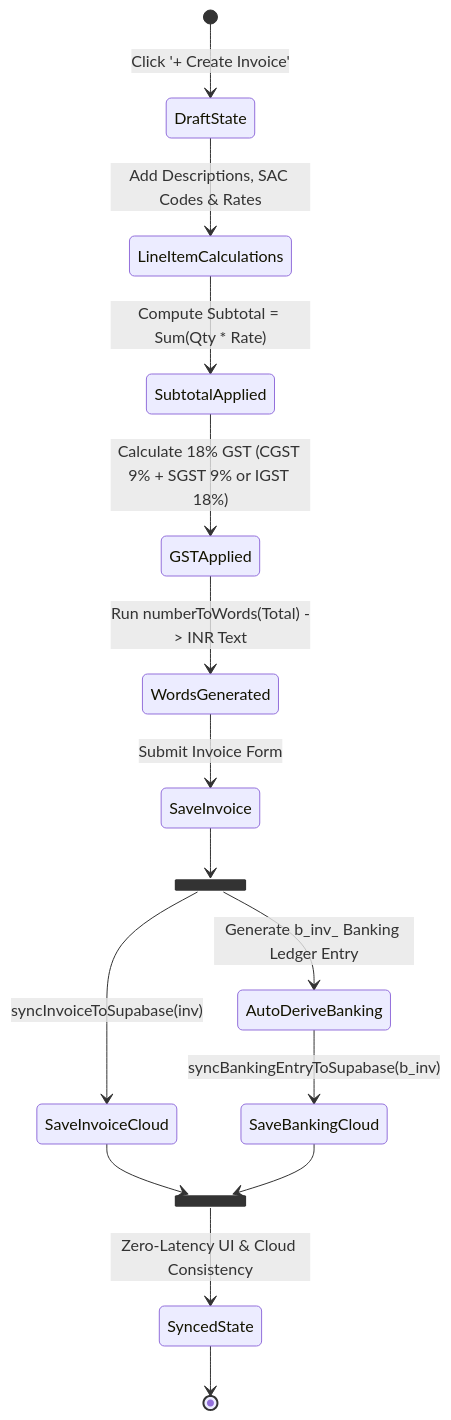
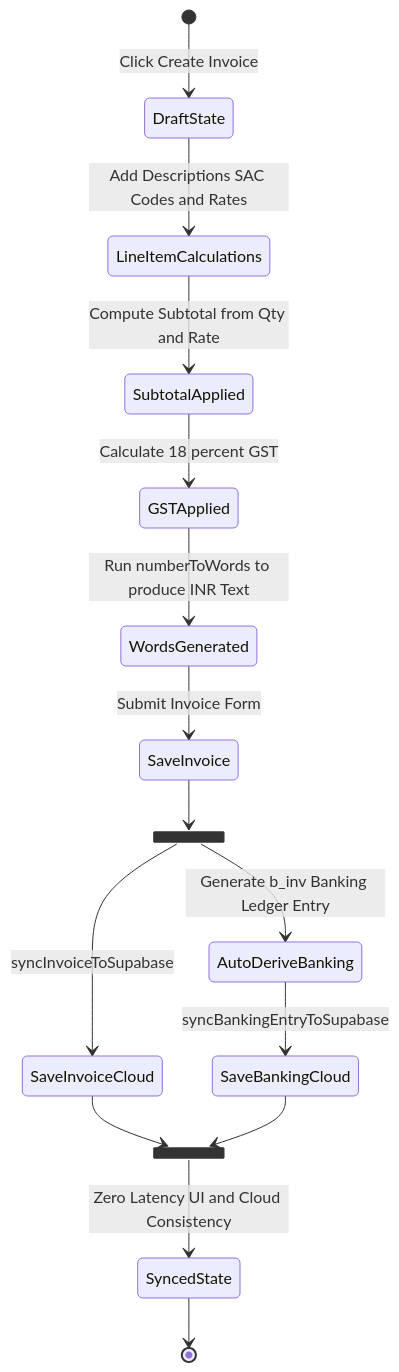
The fourth of 4 diagrams in README.md (Gokul2004-ne/CRM), drawn with Mermaid before and after one commit. The commit also changed other lines of this file, not shown here.

Commit message:
fix(docs): resolve Mermaid diagram parse errors, remove emojis, and standardize ASCII formatting

````diff
--- a/README.md
+++ b/README.md
@@ -394,23 +364,23 @@
 ```mermaid
 stateDiagram-v2
-    [*] --> DraftState: Click '+ Create Invoice'
-    DraftState --> LineItemCalculations: Add Descriptions, SAC Codes & Rates
-    LineItemCalculations --> SubtotalApplied: Compute Subtotal = Sum(Qty * Rate)
-    SubtotalApplied --> GSTApplied: Calculate 18% GST (CGST 9% + SGST 9% or IGST 18%)
-    GSTApplied --> WordsGenerated: Run numberToWords(Total) -> INR Text
+    [*] --> DraftState: Click Create Invoice
+    DraftState --> LineItemCalculations: Add Descriptions SAC Codes and Rates
+    LineItemCalculations --> SubtotalApplied: Compute Subtotal from Qty and Rate
+    SubtotalApplied --> GSTApplied: Calculate 18 percent GST
+    GSTApplied --> WordsGenerated: Run numberToWords to produce INR Text
     WordsGenerated --> SaveInvoice: Submit Invoice Form
 
     state ForkNode <<fork>>
     SaveInvoice --> ForkNode
-    ForkNode --> SaveInvoiceCloud: syncInvoiceToSupabase(inv)
-    ForkNode --> AutoDeriveBanking: Generate b_inv_<id> Banking Ledger Entry
+    ForkNode --> SaveInvoiceCloud: syncInvoiceToSupabase
+    ForkNode --> AutoDeriveBanking: Generate b_inv Banking Ledger Entry
     
-    AutoDeriveBanking --> SaveBankingCloud: syncBankingEntryToSupabase(b_inv)
+    AutoDeriveBanking --> SaveBankingCloud: syncBankingEntryToSupabase
 
     state JoinNode <<join>>
     SaveInvoiceCloud --> JoinNode
     SaveBankingCloud --> JoinNode
 
-    JoinNode --> SyncedState: Zero-Latency UI & Cloud Consistency
+    JoinNode --> SyncedState: Zero Latency UI and Cloud Consistency
     SyncedState --> [*]
 ```
````
